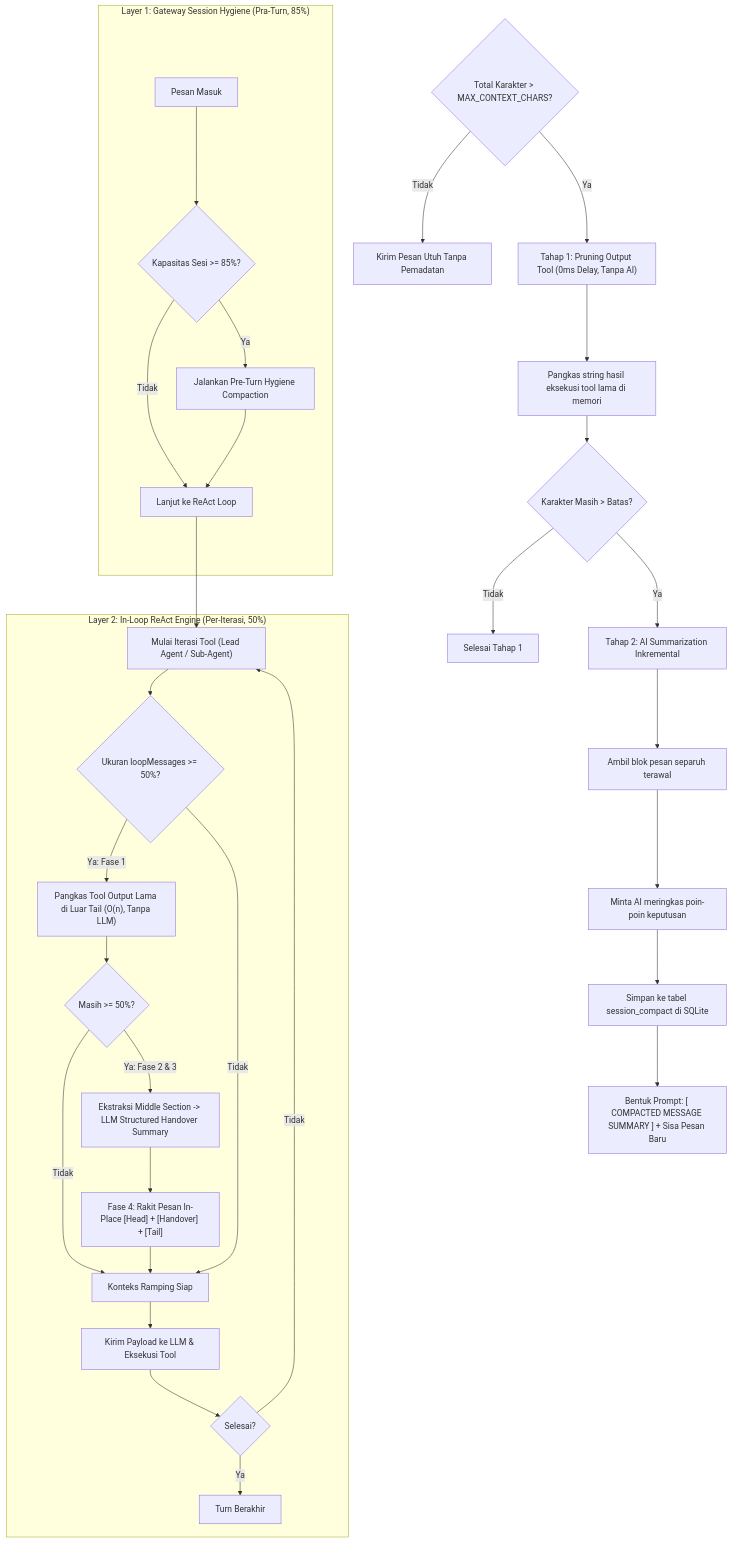
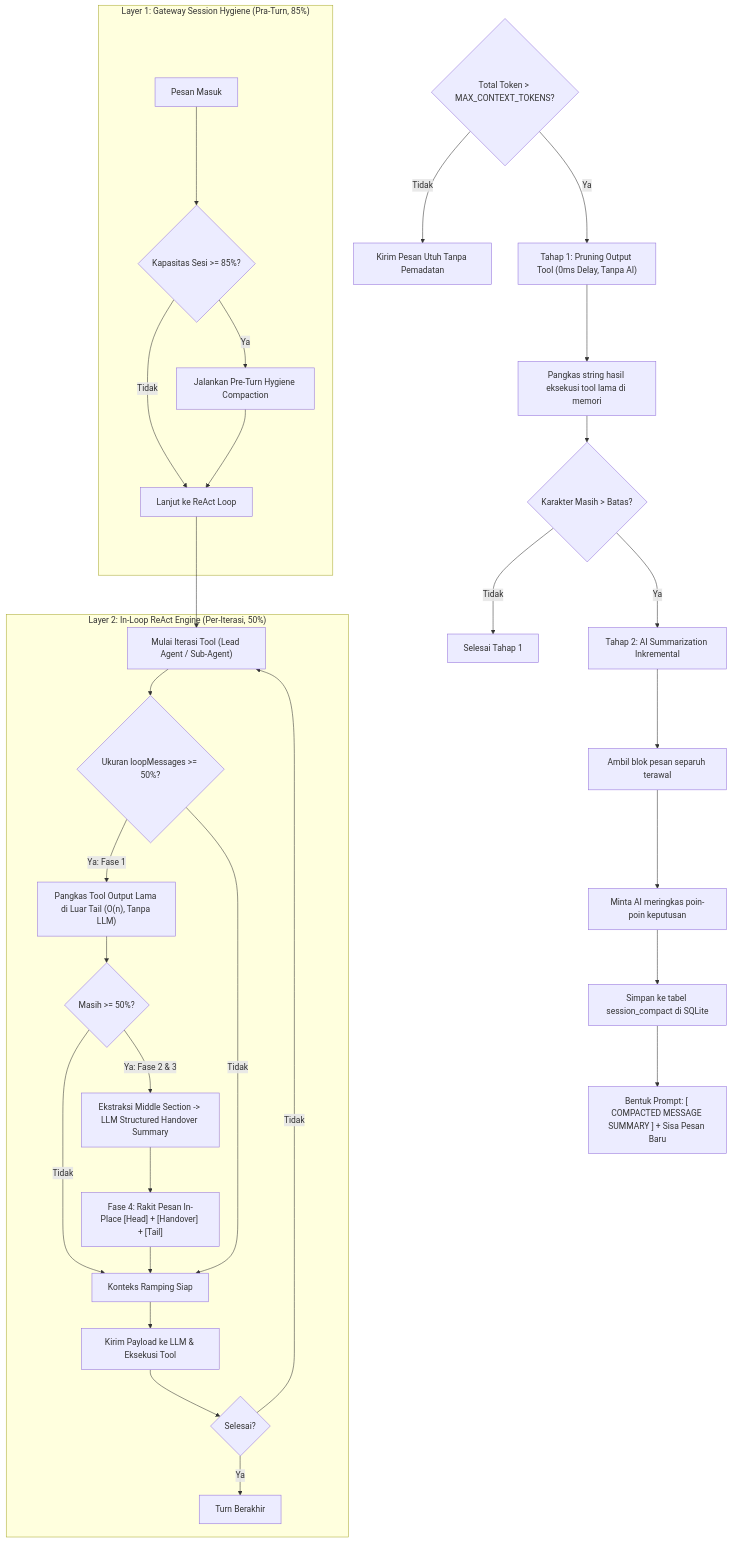
The second of 2 diagrams in docs/02-architecture/search-and-memory.md (Mazees/mark-agent), drawn with Mermaid before and after one commit. The commit also changed other lines of this file and 13 other files, not shown here.

First line of the commit message:
feat(context): migrate context window to 256K tokens with zero-recalc db caching and update docs

````diff
--- a/docs/02-architecture/search-and-memory.md
+++ b/docs/02-architecture/search-and-memory.md
@@ -137,37 +136,37 @@
 ```mermaid
 flowchart TD
-    CheckLimit{"Total Karakter > MAX_CONTEXT_CHARS?"} -->|Tidak| Pass["Kirim Pesan Utuh Tanpa Pemadatan"]
+    CheckLimit{"Total Token > MAX_CONTEXT_TOKENS?"} -->|Tidak| Pass["Kirim Pesan Utuh Tanpa Pemadatan"]
     CheckLimit -->|Ya| Stage1["Tahap 1: Pruning Output Tool (0ms Delay, Tanpa AI)"]
     subgraph Layer1["Layer 1: Gateway Session Hygiene (Pra-Turn, 85%)"]
         A["Pesan Masuk"] --> B{"Kapasitas Sesi >= 85%?"}
         B -- "Ya" --> C["Jalankan Pre-Turn Hygiene Compaction"]
         B -- "Tidak" --> D["Lanjut ke ReAct Loop"]
         C --> D
     end
 
     Stage1 --> PruneOld["Pangkas string hasil eksekusi tool lama di memori"]
     PruneOld --> Recheck{"Karakter Masih > Batas?"}
 
     Recheck -->|Tidak| DoneStage1["Selesai Tahap 1"]
     Recheck -->|Ya| Stage2["Tahap 2: AI Summarization Inkremental"]
 
     Stage2 --> SliceMessages["Ambil blok pesan separuh terawal"]
     SliceMessages --> AISummary["Minta AI meringkas poin-poin keputusan"]
     AISummary --> SaveCompact["Simpan ke tabel session_compact di SQLite"]
     SaveCompact --> Assemble["Bentuk Prompt: [ COMPACTED MESSAGE SUMMARY ] + Sisa Pesan Baru"]
     subgraph Layer2["Layer 2: In-Loop ReAct Engine (Per-Iterasi, 50%)"]
         D --> E["Mulai Iterasi Tool (Lead Agent / Sub-Agent)"]
         E --> F{"Ukuran loopMessages >= 50%?"}
         F -- "Ya: Fase 1" --> G["Pangkas Tool Output Lama di Luar Tail (O(n), Tanpa LLM)"]
         G --> H{"Masih >= 50%?"}
         H -- "Ya: Fase 2 & 3" --> I["Ekstraksi Middle Section -> LLM Structured Handover Summary"]
         I --> J["Fase 4: Rakit Pesan In-Place [Head] + [Handover] + [Tail]"]
         H -- "Tidak" --> K["Konteks Ramping Siap"]
         J --> K
         F -- "Tidak" --> K
         K --> L["Kirim Payload ke LLM & Eksekusi Tool"]
         L --> M{"Selesai?"}
         M -- "Tidak" --> E
         M -- "Ya" --> N["Turn Berakhir"]
     end
 ```
````
